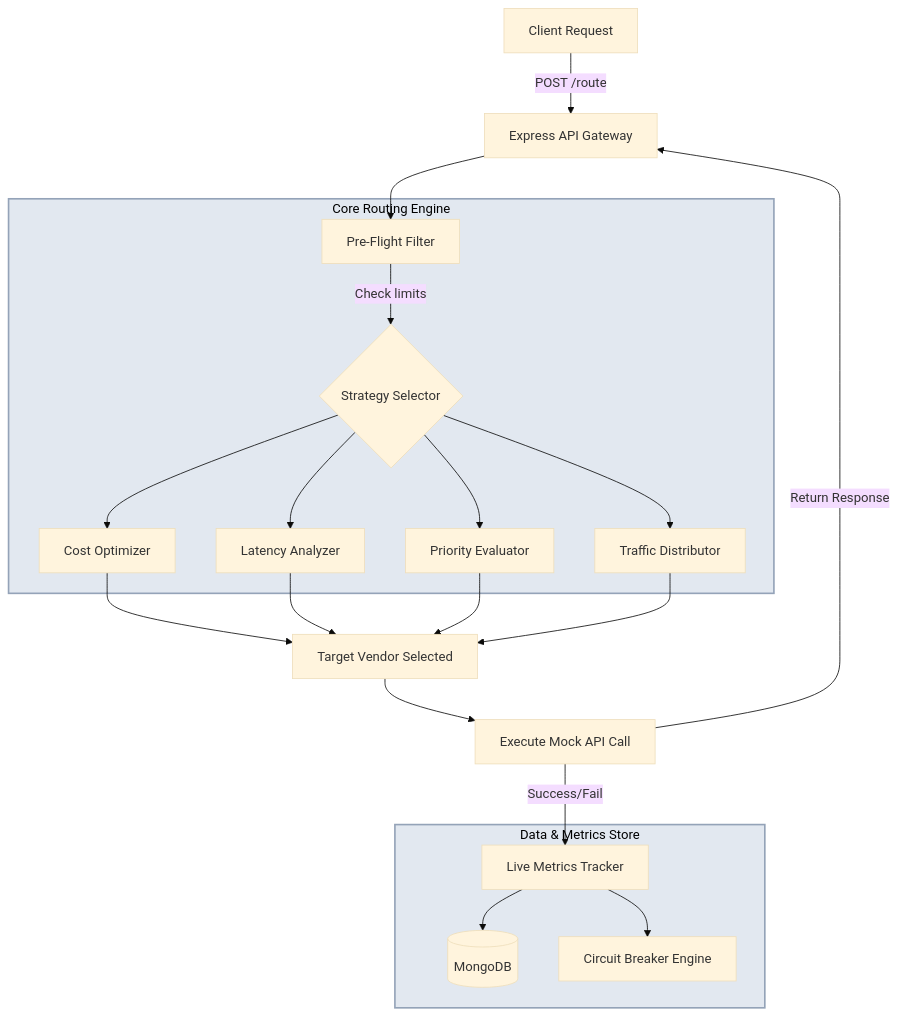
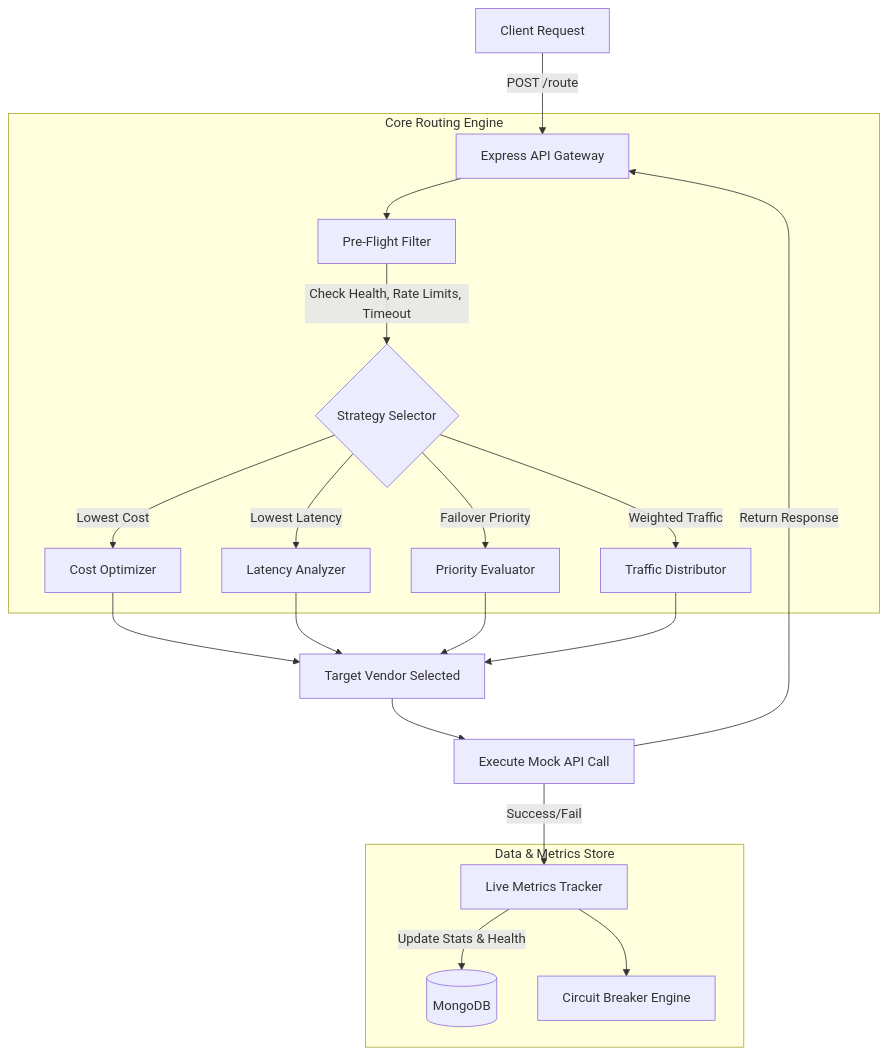
One commit to SandeepGKP/Smart_Route_Hub changed the diagram in README.md. Above: the diagram before and after it, drawn with Mermaid.

Commit message:
fixed mermaid styling

````diff
--- a/README.md
+++ b/README.md
@@ -26,44 +26,28 @@
 ```mermaid
-%%{init: {'theme': 'base', 'themeVariables': { 'background': '#f4f4f5'}}}%%
 graph TD
     Client[Client Request] -->|POST /route| Gateway[Express API Gateway]
     
-    subgraph CoreEngine [Core Routing Engine]
-        Filter[Pre-Flight Filter]
-        StrategySelector{Strategy Selector}
-        CostStrategy[Cost Optimizer]
-        LatencyStrategy[Latency Analyzer]
-        PriorityStrategy[Priority Evaluator]
-        WeightedStrategy[Traffic Distributor]
+    subgraph Core Routing Engine
+        Gateway --> Filter[Pre-Flight Filter]
+        Filter -->|Check Health, Rate Limits, Timeout| StrategySelector{Strategy Selector}
+        
+        StrategySelector -->|Lowest Cost| CostStrategy[Cost Optimizer]
+        StrategySelector -->|Lowest Latency| LatencyStrategy[Latency Analyzer]
+        StrategySelector -->|Failover Priority| PriorityStrategy[Priority Evaluator]
+        StrategySelector -->|Weighted Traffic| WeightedStrategy[Traffic Distributor]
     end
 
-    subgraph DataStore [Data & Metrics Store]
+    subgraph Data & Metrics Store
         DB[(MongoDB)]
         Tracker[Live Metrics Tracker]
         CircuitBreaker[Circuit Breaker Engine]
     end
 
-    Gateway --> Filter
-    Filter -->|Check limits| StrategySelector
+    CostStrategy & LatencyStrategy & PriorityStrategy & WeightedStrategy --> Decision[Target Vendor Selected]
     
-    StrategySelector --> CostStrategy
-    StrategySelector --> LatencyStrategy
-    StrategySelector --> PriorityStrategy
-    StrategySelector --> WeightedStrategy
-
-    Decision[Target Vendor Selected]
-    CostStrategy --> Decision
-    LatencyStrategy --> Decision
-    PriorityStrategy --> Decision
-    WeightedStrategy --> Decision
-    
-    Execution[Execute Mock API Call]
-    Decision --> Execution
+    Decision --> Execution[Execute Mock API Call]
     Execution --> |Success/Fail| Tracker
-    Tracker --> DB
+    Tracker --> |Update Stats & Health| DB
     Tracker --> CircuitBreaker
     Execution --> |Return Response| Gateway
-    
-    style CoreEngine fill:#e2e8f0,stroke:#94a3b8,stroke-width:2px,color:#000
-    style DataStore fill:#e2e8f0,stroke:#94a3b8,stroke-width:2px,color:#000
 ```
````
